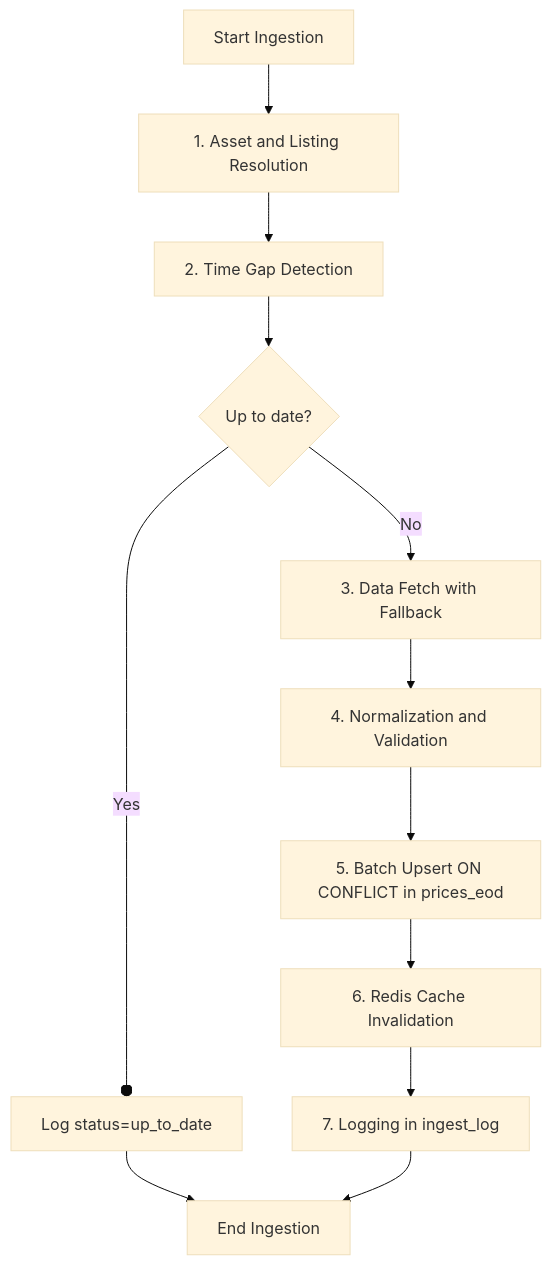
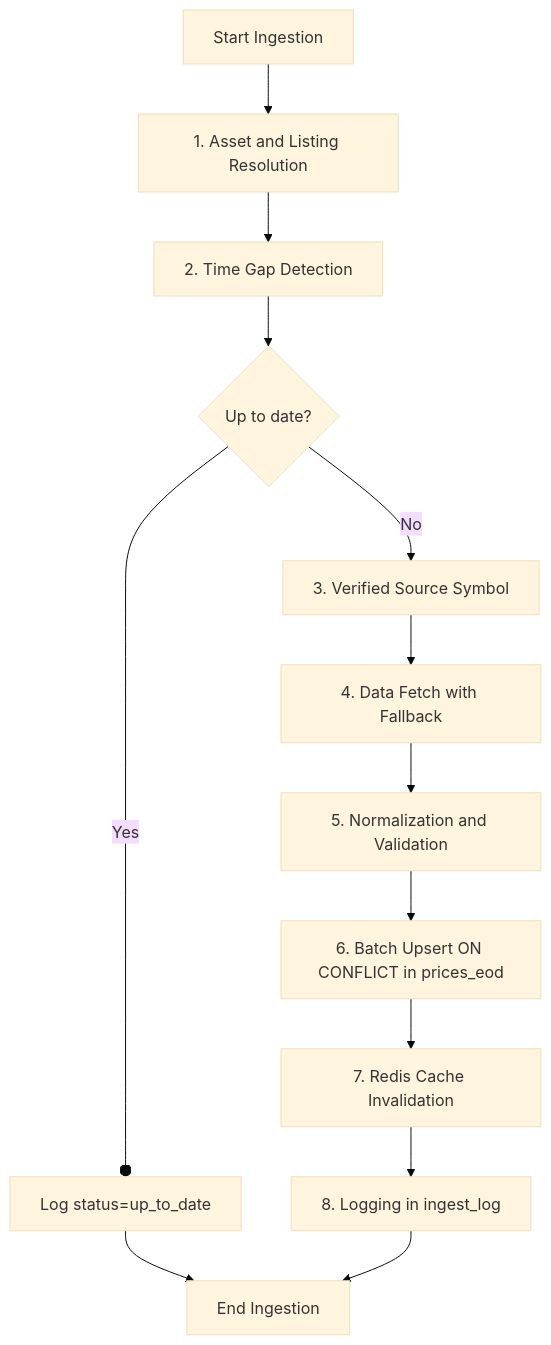
The fourth of 10 diagrams in ARCHITECTURE.md (fonrex/fonrex), drawn with Mermaid (base theme) before and after one commit. The commit also changed other lines of this file and 167 other files, not shown here.

````diff
--- a/ARCHITECTURE.md
+++ b/ARCHITECTURE.md
@@ -758,12 +939,13 @@
 ```mermaid
 flowchart TD
     Start[Start Ingestion] --> Resolve[1. Asset and Listing Resolution]
     Resolve --> Gap[2. Time Gap Detection]
     Gap --> Check{Up to date?}
     Check -- Yes --o LogUpToDate[Log status=up_to_date] --> End[End Ingestion]
-    Check -- No --> Fetch[3. Data Fetch with Fallback]
-    Fetch --> Normalize[4. Normalization and Validation]
-    Normalize --> Upsert[5. Batch Upsert ON CONFLICT in prices_eod]
-    Upsert --> Invalidate[6. Redis Cache Invalidation]
-    Invalidate --> LogSuccess[7. Logging in ingest_log] --> End
+    Check -- No --> Symbol[3. Verified Source Symbol]
+    Symbol --> Fetch[4. Data Fetch with Fallback]
+    Fetch --> Normalize[5. Normalization and Validation]
+    Normalize --> Upsert[6. Batch Upsert ON CONFLICT in prices_eod]
+    Upsert --> Invalidate[7. Redis Cache Invalidation]
+    Invalidate --> LogSuccess[8. Logging in ingest_log] --> End
 ```
````
